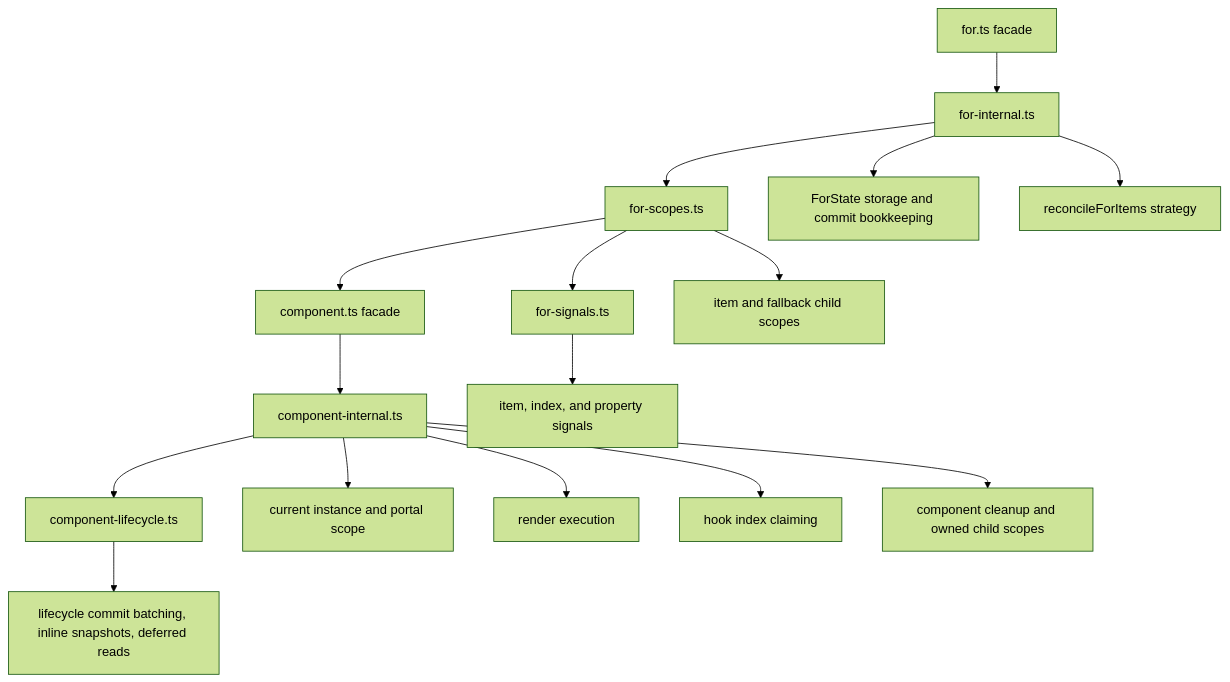
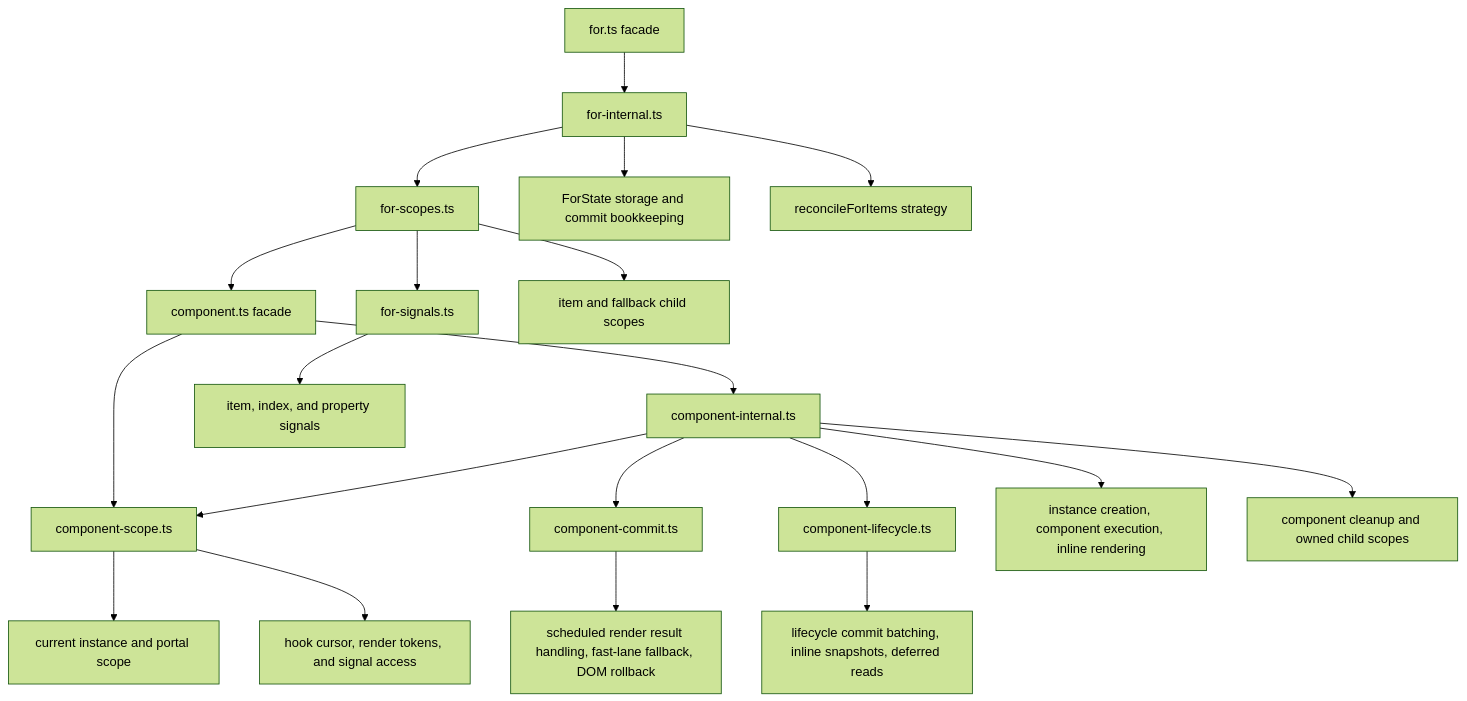
Before and after one commit to askrjs/askr: the third of 7 diagrams in docs/internals/runtime-reactivity.md, drawn with Mermaid (forest theme). The commit also changed other lines of this file and 23 other files, not shown here.

Commit message:
Refactor runtime architecture internals

````diff
--- a/docs/internals/runtime-reactivity.md
+++ b/docs/internals/runtime-reactivity.md
@@ -74,36 +74,43 @@
 ```mermaid
 flowchart TB
   componentFacade[component.ts facade]
   componentCore[component-internal.ts]
+  componentScope[component-scope.ts]
+  componentCommit[component-commit.ts]
   componentLifecycle[component-lifecycle.ts]
   current[current instance and portal scope]
+  renderScope[hook cursor, render tokens, and signal access]
+  scheduledCommit[scheduled render result handling, fast-lane fallback, DOM rollback]
   lifecycle[lifecycle commit batching, inline snapshots, deferred reads]
-  render[render execution]
-  hooks[hook index claiming]
+  render[instance creation, component execution, inline rendering]
   cleanup[component cleanup and owned child scopes]
 
   forFacade[for.ts facade]
   forCore[for-internal.ts]
   forScopes[for-scopes.ts]
   forSignals[for-signals.ts]
   forState[ForState storage and commit bookkeeping]
   itemSignals[item, index, and property signals]
   reconcile[reconcileForItems strategy]
   scopeOwnership[item and fallback child scopes]
 
   componentFacade --> componentCore
-  componentCore --> current
+  componentFacade --> componentScope
+  componentCore --> componentScope
+  componentCore --> componentCommit
+  componentScope --> current
+  componentScope --> renderScope
   componentCore --> componentLifecycle
+  componentCommit --> scheduledCommit
   componentLifecycle --> lifecycle
   componentCore --> render
-  componentCore --> hooks
   componentCore --> cleanup
   forFacade --> forCore
   forCore --> forState
   forCore --> forScopes
   forScopes --> forSignals
   forSignals --> itemSignals
   forCore --> reconcile
   forScopes --> scopeOwnership
   forScopes --> componentFacade
 ```
````
